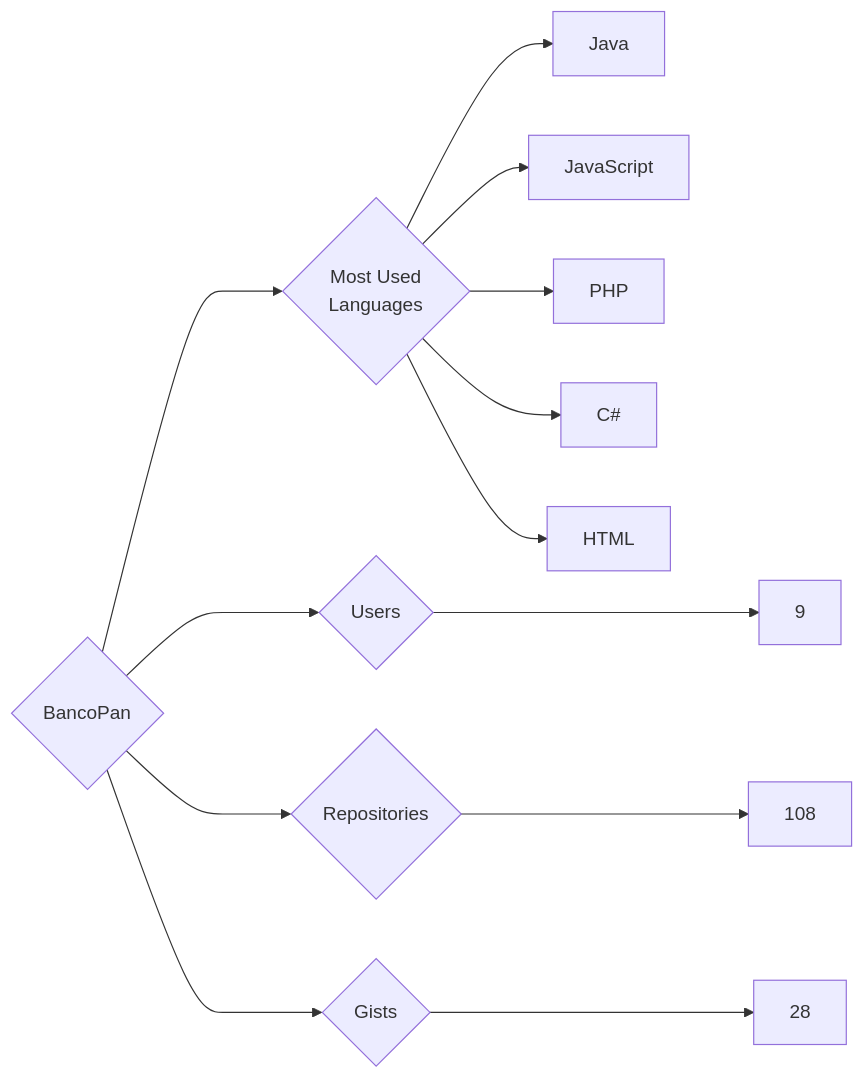
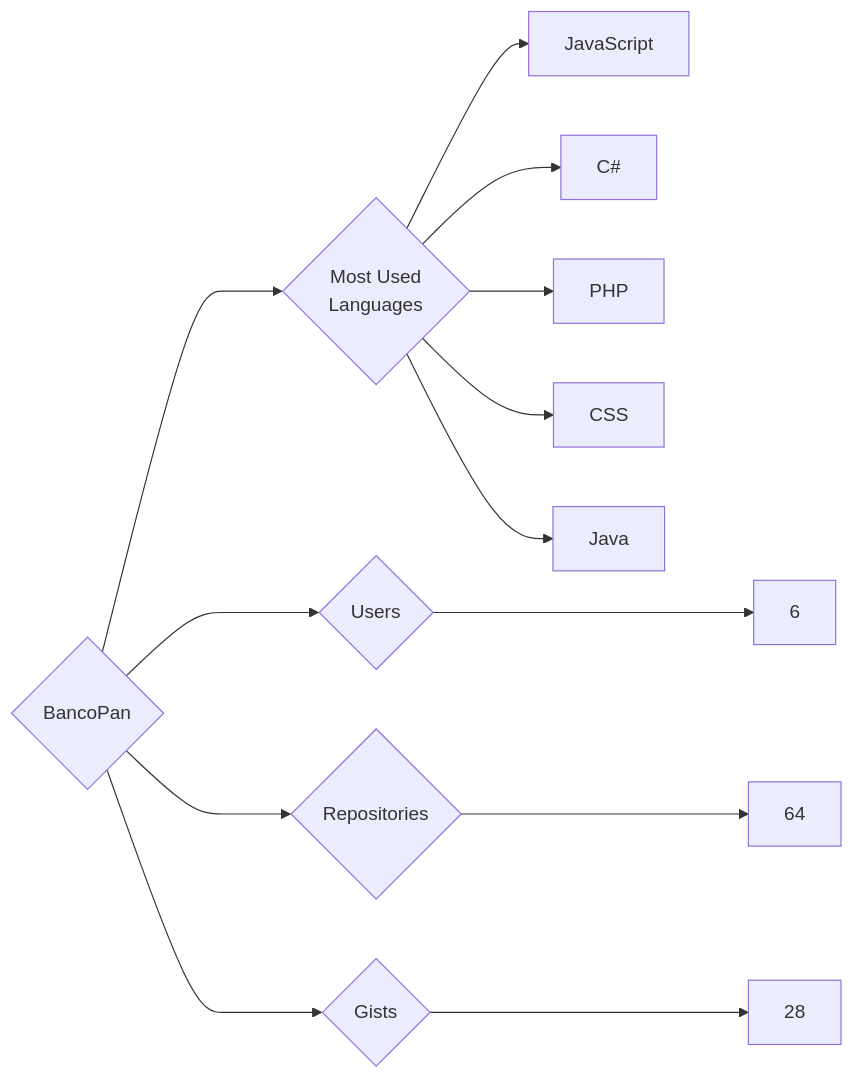
The diagram in targets/BancoPan/README.md (trickest/insiders), drawn with Mermaid before and after one commit. The commit also changed 1120 other files, not shown here.

````diff
--- a/targets/BancoPan/README.md
+++ b/targets/BancoPan/README.md
@@ -3,13 +3,13 @@
 ```mermaid
 graph LR
 COMPANY_NAME{BancoPan}
-COMPANY_NAME ---> U{Users} ---> UN[9]
-COMPANY_NAME ---> R{Repositories} ---> RN[108]
+COMPANY_NAME ---> U{Users} ---> UN[6]
+COMPANY_NAME ---> R{Repositories} ---> RN[64]
 COMPANY_NAME ---> G{Gists} ---> GN[28]
 COMPANY_NAME ---> ML{Most Used<br>Languages}
+ML --> JavaScript[JavaScript]
+ML --> C#[C#]
+ML --> PHP[PHP]
+ML --> CSS[CSS]
 ML --> Java[Java]
-ML --> JavaScript[JavaScript]
-ML --> PHP[PHP]
-ML --> C#[C#]
-ML --> HTML[HTML]
 ```
````
